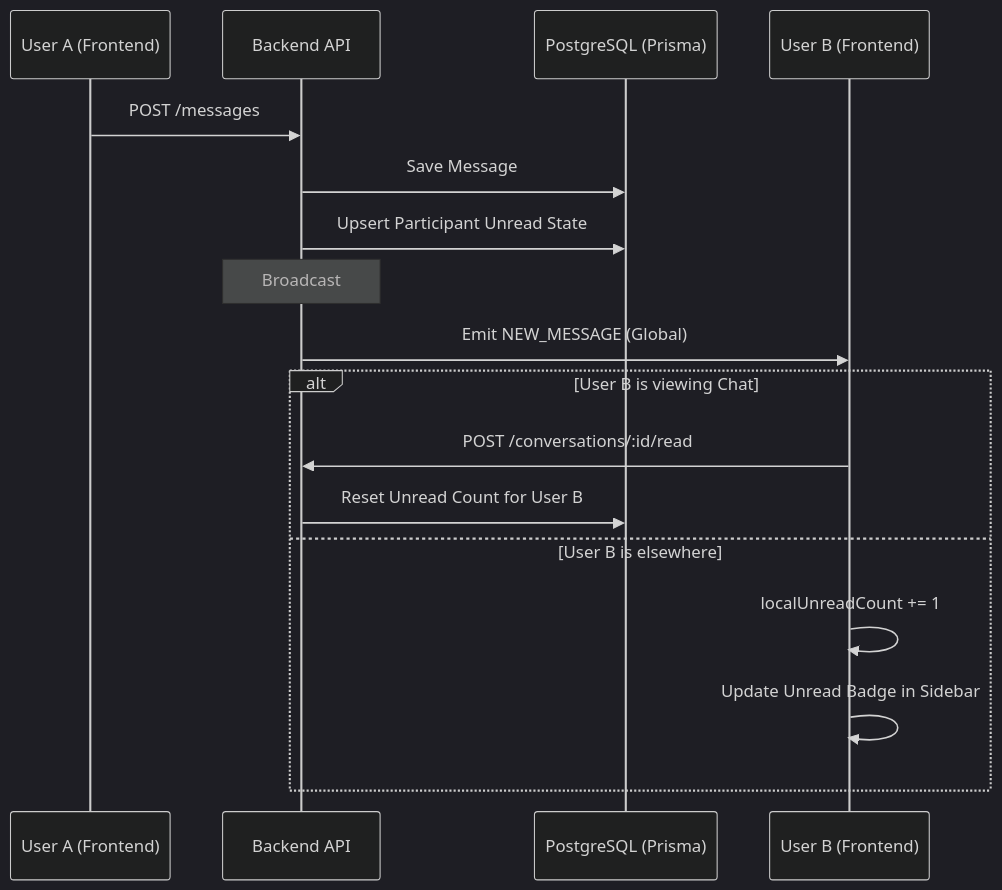
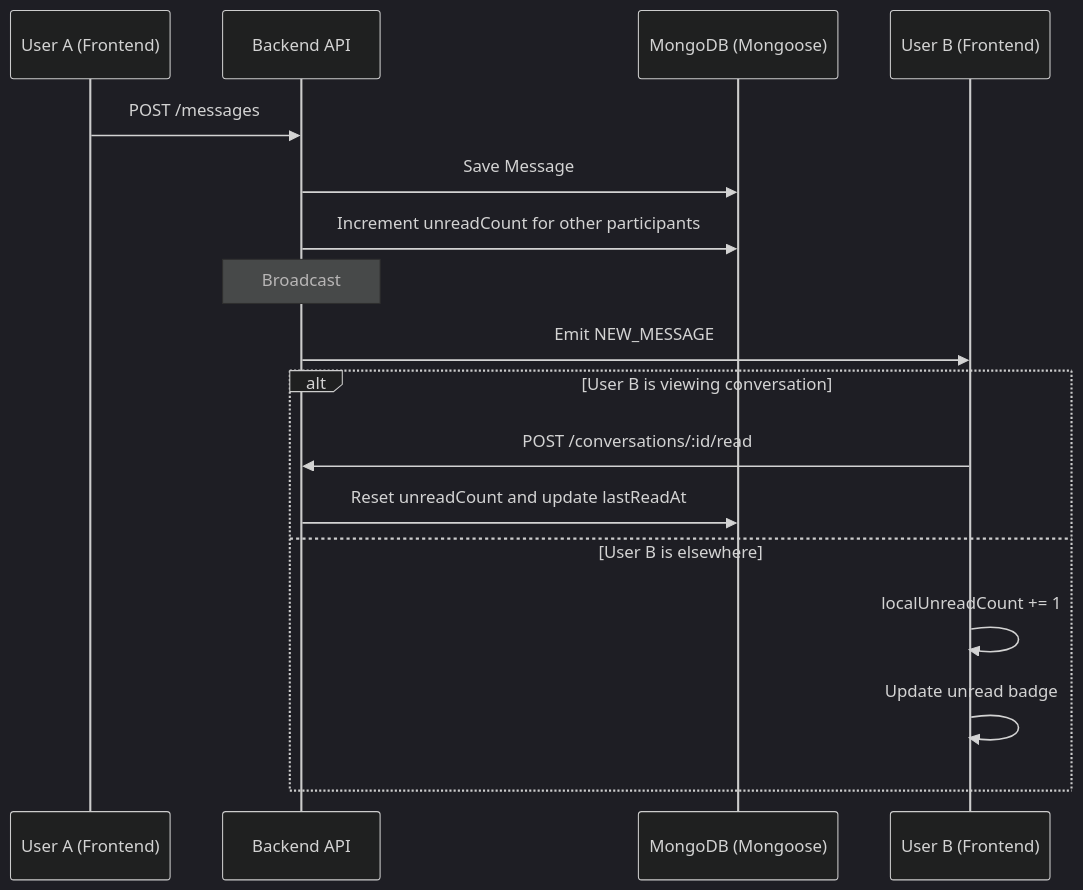
Before and after one commit to EricNguyen1206/turbo-chat: the diagram in _docs/UNREAD_MESSAGE_FEATURE.md, drawn with Mermaid (dark theme). The commit also changed other lines of this file and 43 other files, not shown here.

Commit message:
refactor: migrate backend from PostgreSQL/Prisma to MongoDB/Mongoose and remove AI chatbot features

````diff
--- a/_docs/UNREAD_MESSAGE_FEATURE.md
+++ b/_docs/UNREAD_MESSAGE_FEATURE.md
@@ -21,22 +22,22 @@
 ```mermaid
 sequenceDiagram
     participant Sender as User A (Frontend)
     participant Server as Backend API
-    participant DB as PostgreSQL (Prisma)
+    participant DB as MongoDB (Mongoose)
     participant Receiver as User B (Frontend)
 
     Sender->>Server: POST /messages
     Server->>DB: Save Message
-    Server->>DB: Upsert Participant Unread State
-    
+    Server->>DB: Increment unreadCount for other participants
+
     Note over Server: Broadcast
-    Server->>Receiver: Emit NEW_MESSAGE (Global)
+    Server->>Receiver: Emit NEW_MESSAGE
 
-    alt User B is viewing Chat
+    alt User B is viewing conversation
         Receiver->>Server: POST /conversations/:id/read
-        Server->>DB: Reset Unread Count for User B
+        Server->>DB: Reset unreadCount and update lastReadAt
     else User B is elsewhere
         Receiver->>Receiver: localUnreadCount += 1
-        Receiver->>Receiver: Update Unread Badge in Sidebar
+        Receiver->>Receiver: Update unread badge
     end
 ```
````
